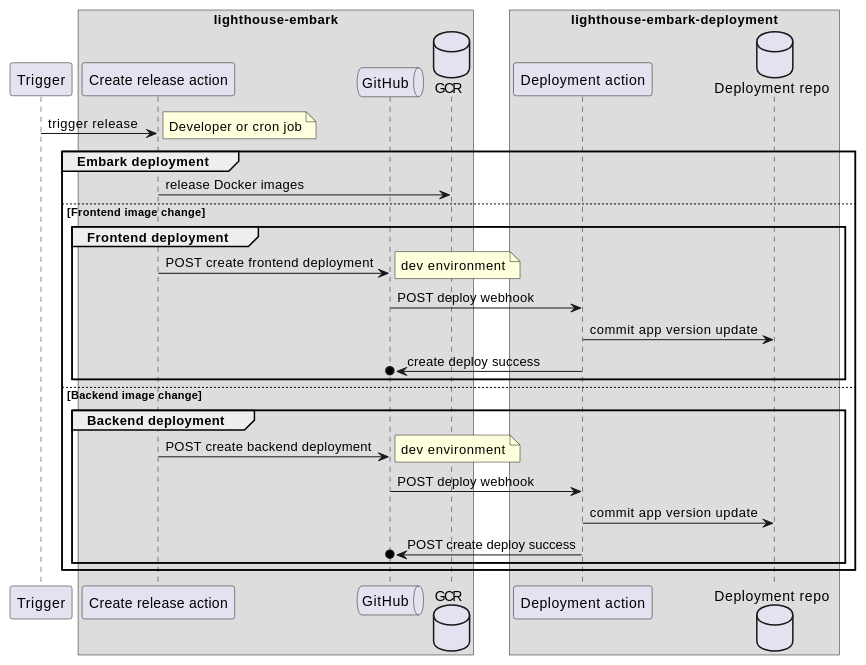
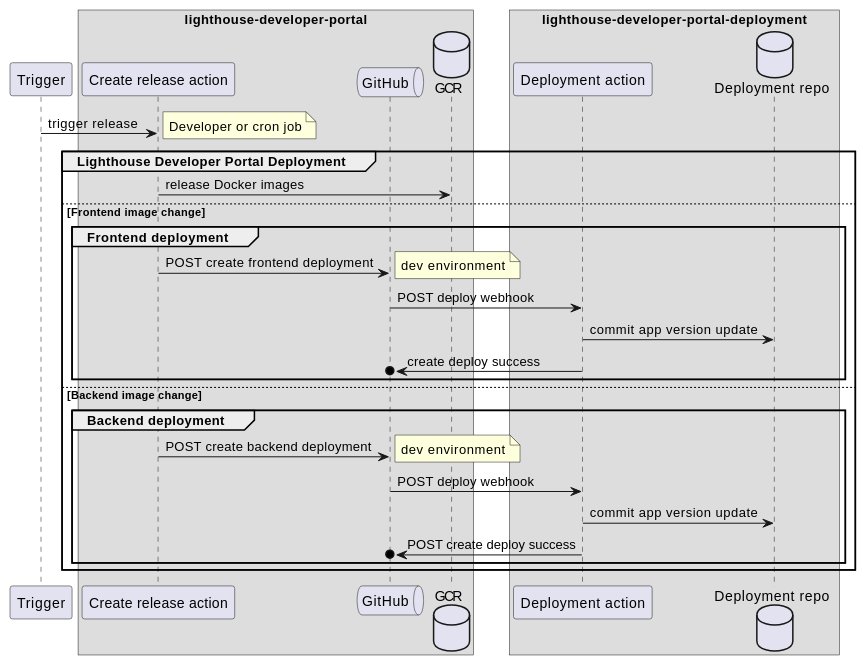
One commit to TS000/lighthouse-developer-portal changed the eighth of 10 diagrams in docs/deployment.md. Above: the diagram before and after it, drawn with PlantUML. The commit also changed other lines of this file and 32 other files, not shown here.

````diff
--- a/docs/deployment.md
+++ b/docs/deployment.md
@@ -240,35 +240,35 @@
 ```plantuml
 participant "Trigger"
-box "lighthouse-embark"
+box "lighthouse-developer-portal"
 participant "Create release action" as builder
 queue "GitHub" as platform
 database "GCR" as storage
 end box
-box "lighthouse-embark-deployment"
+box "lighthouse-developer-portal-deployment"
 participant "Deployment action" as depaction
 database "Deployment repo" as drepo
 end box
 Trigger -> builder: trigger release
 note right
 Developer or cron job
 end note
-group Embark deployment
+group Lighthouse Developer Portal Deployment
 builder->storage: release Docker images
 else Frontend image change
 group Frontend deployment
 builder->platform: POST create frontend deployment
 note right: dev environment
 platform->depaction: POST deploy webhook
 depaction-> drepo: commit app version update
 depaction->o platform: create deploy success
 end
 else Backend image change
 group Backend deployment
 builder->platform: POST create backend deployment
 note right: dev environment
 platform->depaction: POST deploy webhook
 depaction-> drepo: commit app version update
 depaction->o platform: POST create deploy success
 end
 end
 ```
````
